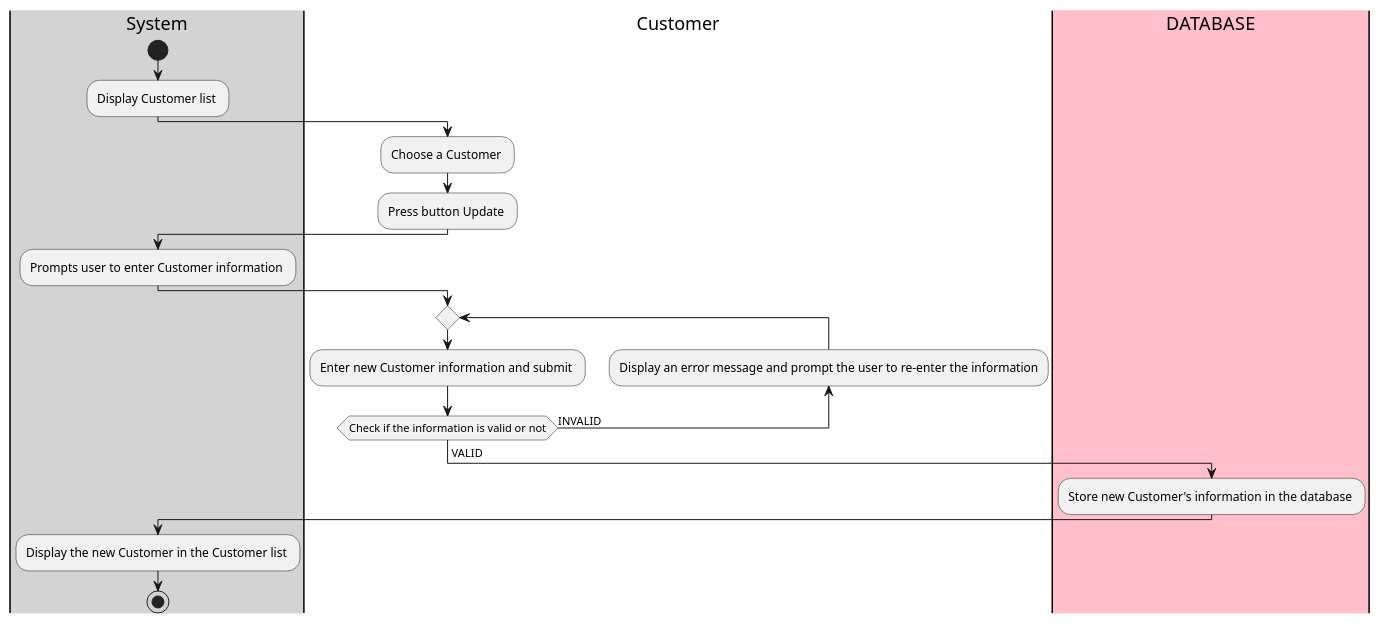
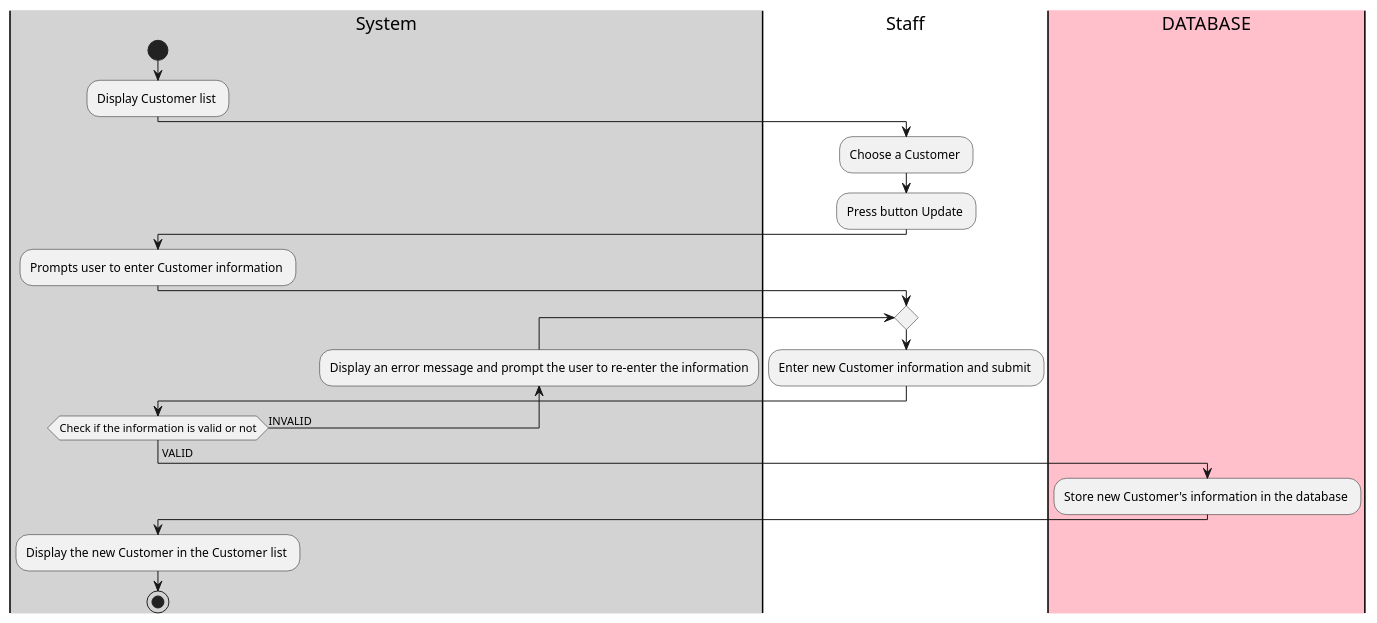
One commit to thanhLoc1087/SE357-Pratice-class changed the diagram in Lab1.2/Activity/code/modify_customer.puml. Above: the diagram before and after it, drawn with PlantUML. The commit also changed 7 other files, not shown here.

```diff
--- a/Lab1.2/Activity/code/modify_customer.puml
+++ b/Lab1.2/Activity/code/modify_customer.puml
@@ -1,23 +1,24 @@
 @startuml
 
 |#lightgray|System|
 start
 :Display Customer list ;
-|#White|Customer|
+|#White|Staff|
 :Choose a Customer ;
 :Press button Update ;
 |#lightgray|System|
 :Prompts user to enter Customer information ;
-|#White|Customer|
+|#White|Staff|
 repeat
   :Enter new Customer information and submit ;
+  |#lightgray|System|
 backward:Display an error message and prompt the user to re-enter the information;
 repeat while (Check if the information is valid or not) is (INVALID)
 -> VALID;
 |#pink|DATABASE|
 :Store new Customer's information in the database ; 
 |#lightgray|System|
 :Display the new Customer in the Customer list ;
 stop
 
 @enduml
```
